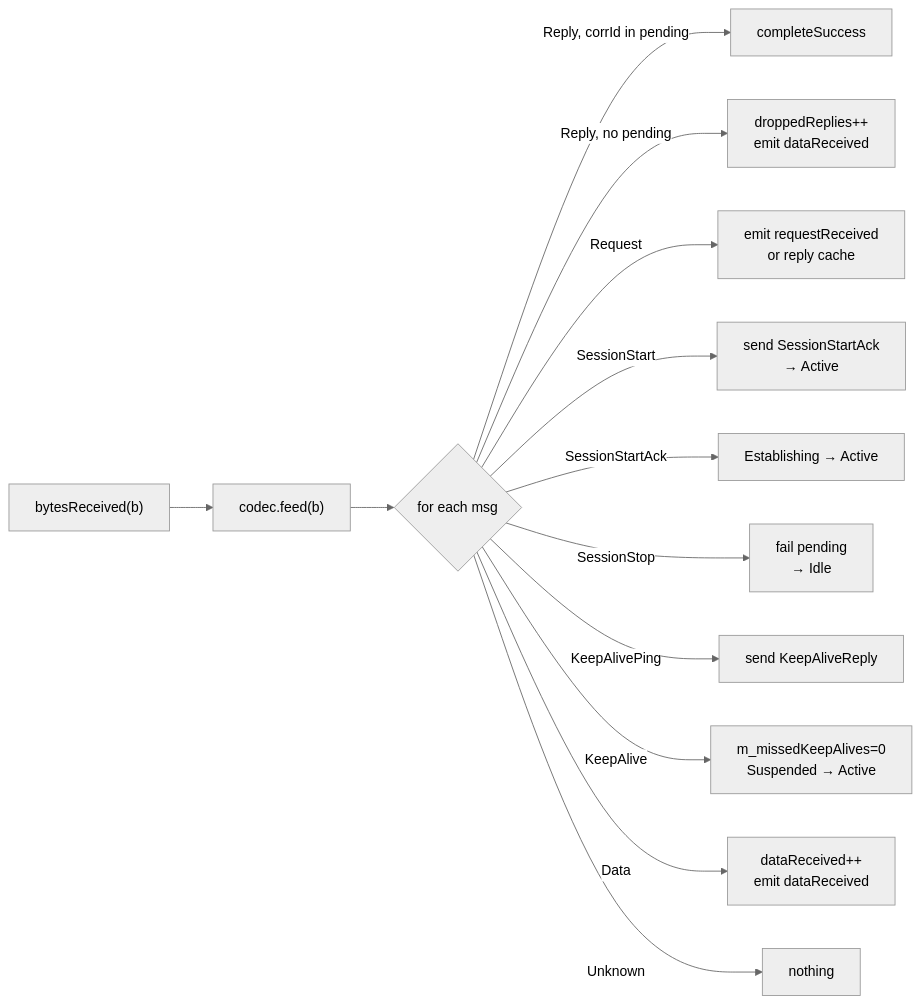
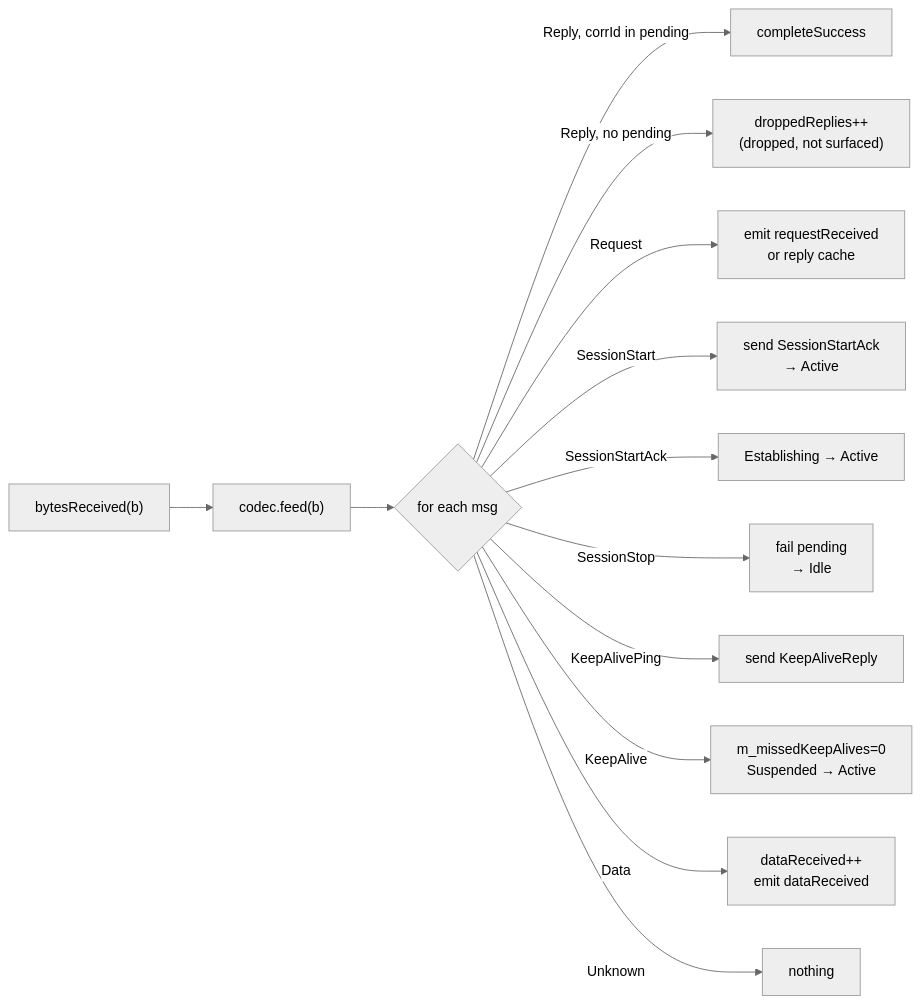
Before and after one commit to Saytikus/GChannelManager: the diagram in docs/en/04-Protocol-and-Codec.md, drawn with Mermaid (neutral theme). The commit also changed 5 other files, not shown here.

````diff
--- a/docs/en/04-Protocol-and-Codec.md
+++ b/docs/en/04-Protocol-and-Codec.md
@@ -67,15 +67,15 @@
 ```mermaid
 flowchart LR
     Bytes["bytesReceived(b)"] --> Feed["codec.feed(b)"]
     Feed --> Loop{"for each msg"}
     Loop -->|Reply, corrId in pending| Succeed["completeSuccess"]
-    Loop -->|Reply, no pending| Dropped["droppedReplies++<br/>emit dataReceived"]
+    Loop -->|Reply, no pending| Dropped["droppedReplies++<br/>(dropped, not surfaced)"]
     Loop -->|Request| Req["emit requestReceived<br/>or reply cache"]
     Loop -->|SessionStart| SS["send SessionStartAck<br/>→ Active"]
     Loop -->|SessionStartAck| Ack["Establishing → Active"]
     Loop -->|SessionStop| Stop["fail pending<br/>→ Idle"]
     Loop -->|KeepAlivePing| Pong["send KeepAliveReply"]
     Loop -->|KeepAlive| Live["m_missedKeepAlives=0<br/>Suspended → Active"]
     Loop -->|Data| Push["dataReceived++<br/>emit dataReceived"]
     Loop -->|Unknown| Skip["nothing"]
 ```
````
